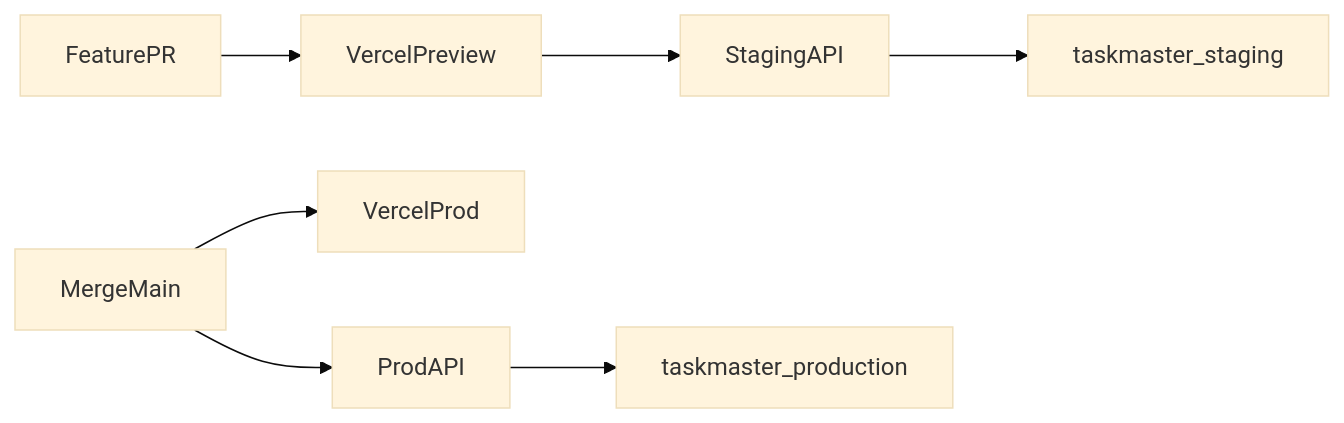
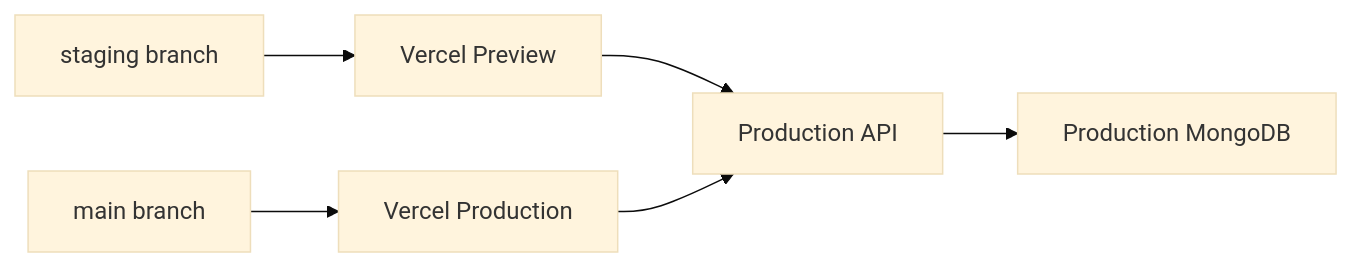
The diagram in docs/operations/STAGING_SETUP.md (RaghavSobti37/Taskmaster), drawn with Mermaid (base theme) before and after one commit. The commit also changed other lines of this file and 186 other files, not shown here.

First line of the commit message:
feat: enterprise APIs and staging uses production API/DB

````diff
--- a/docs/operations/STAGING_SETUP.md
+++ b/docs/operations/STAGING_SETUP.md
@@ -53,9 +25,8 @@
 ```mermaid
 flowchart LR
-  PR[FeaturePR] --> Preview[VercelPreview]
-  Preview --> StagingAPI[StagingAPI]
-  StagingAPI --> StagingDB[taskmaster_staging]
-  Merge[MergeMain] --> ProdFE[VercelProd]
-  Merge --> ProdAPI[ProdAPI]
-  ProdAPI --> ProdDB[taskmaster_production]
+  StagingBranch[staging branch] --> VercelPreview[Vercel Preview]
+  VercelPreview --> ProdAPI[Production API]
+  ProdAPI --> ProdDB[Production MongoDB]
+  MainBranch[main branch] --> VercelProd[Vercel Production]
+  VercelProd --> ProdAPI
 ```
````
